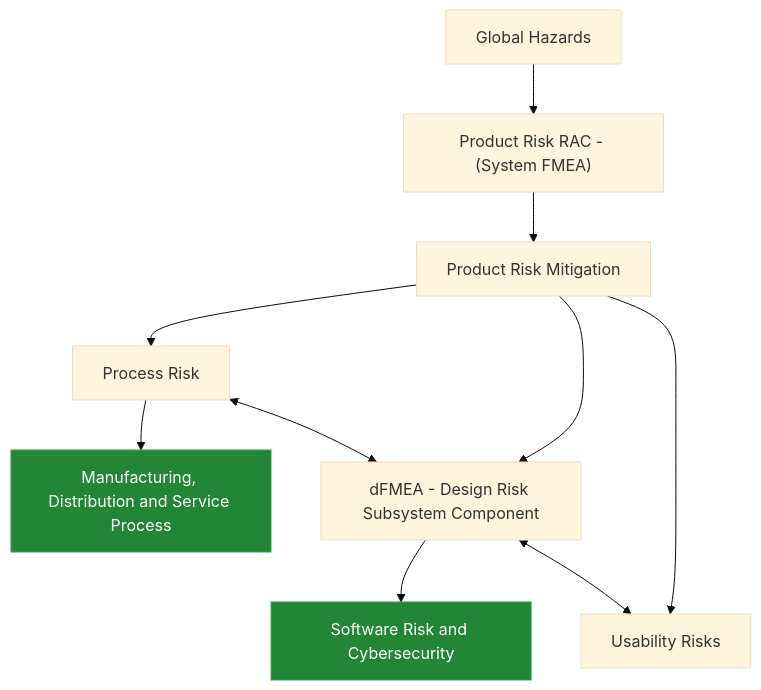
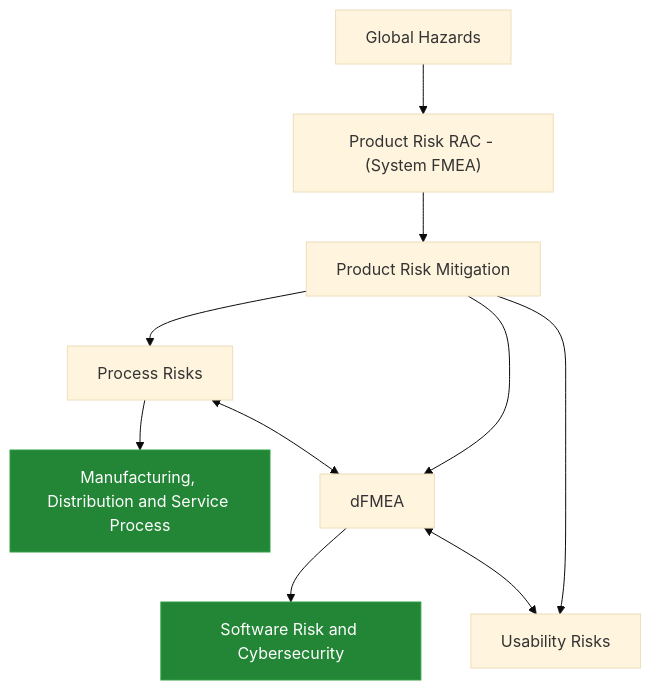
The diagram in FMEA/chapter-01.md (amandewatnitrr/hacking-tutorial), drawn with Mermaid (base theme) before and after one commit.

Commit message:
Added chapter-02 for FMEA - FMEA Planning Overview

````diff
--- a/FMEA/chapter-01.md
+++ b/FMEA/chapter-01.md
@@ -25,17 +25,17 @@
 ```mermaid
 graph TD
     GH["Global Hazards"] --> PR["Product Risk RAC - (System FMEA)"]
     PR --> CMT["Product Risk Mitigation"]
-    CMT --> PRO["Process Risk"]
-    CMT --> DES["dFMEA - Design Risk Subsystem Component"]
+    CMT --> PRO["Process Risks"]
+    CMT --> DES["dFMEA"]
     CMT --> USA["Usability Risks"]
     
     PRO --> MDS["Manufacturing, Distribution and Service Process"]
     DES --> SRC["Software Risk and Cybersecurity"]
     
     PRO <--> DES
     DES <--> USA
     
     style SRC fill:#238636,color:#ffffff,stroke:#2ea043,stroke-width:1px
     style MDS fill:#238636,color:#ffffff,stroke:#2ea043,stroke-width:1px
 ```
````
